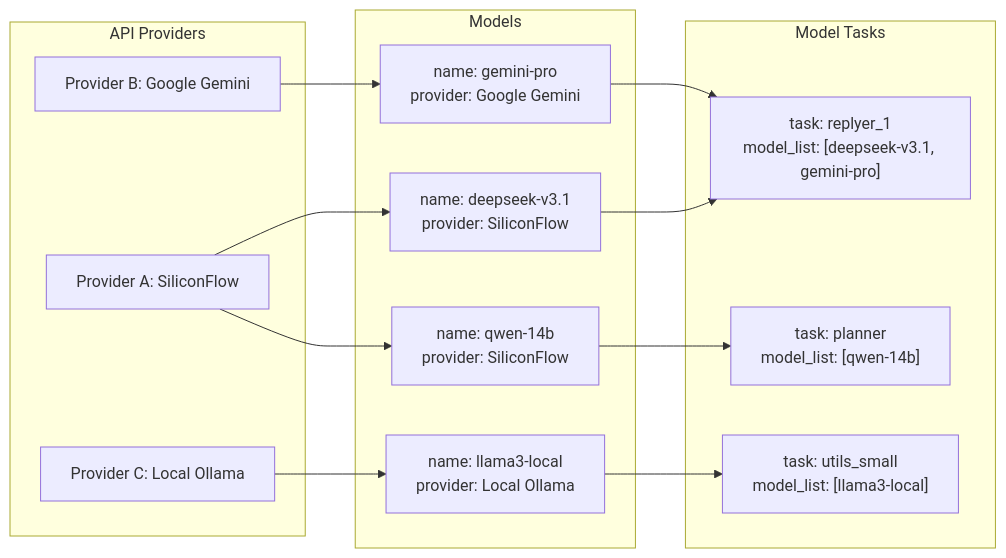
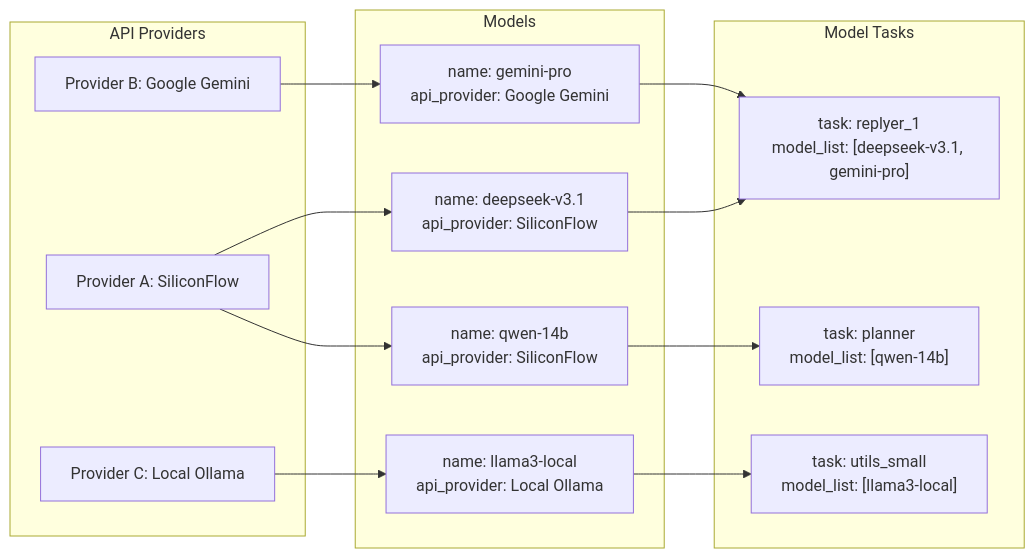
The diagram in docs/guides/configuration/model_configuration_guide.md (MoFox-Studio/MoFox-Bot-Docs), drawn with Mermaid before and after one commit. The commit also changed other lines of this file and 2 other files, not shown here.

Commit message:
fix: 更新日志示例中的任务名称为 'actor'，确保一致性

````diff
--- a/docs/guides/configuration/model_configuration_guide.md
+++ b/docs/guides/configuration/model_configuration_guide.md
@@ -15,31 +15,31 @@
 ```mermaid
 graph LR
     subgraph 资源层 [API Providers]
         P1[Provider A: SiliconFlow]
         P2[Provider B: Google Gemini]
         P3[Provider C: Local Ollama]
     end
 
     subgraph 能力层 [Models]
-        M1["name: deepseek-v3.1<br>provider: SiliconFlow"]
-        M2["name: qwen-14b<br>provider: SiliconFlow"]
-        M3["name: gemini-pro<br>provider: Google Gemini"]
-        M4["name: llama3-local<br>provider: Local Ollama"]
+        M1["name: deepseek-v3.1<br>api_provider: SiliconFlow"]
+        M2["name: qwen-14b<br>api_provider: SiliconFlow"]
+        M3["name: gemini-pro<br>api_provider: Google Gemini"]
+        M4["name: llama3-local<br>api_provider: Local Ollama"]
     end
 
     subgraph 应用层 [Model Tasks]
         T1["task: replyer_1<br>model_list: [deepseek-v3.1, gemini-pro]"]
         T2["task: planner<br>model_list: [qwen-14b]"]
         T3["task: utils_small<br>model_list: [llama3-local]"]
     end
 
     P1 --> M1
     P1 --> M2
     P2 --> M3
     P3 --> M4
 
     M1 --> T1
     M3 --> T1
     M2 --> T2
     M4 --> T3
 ```
````
